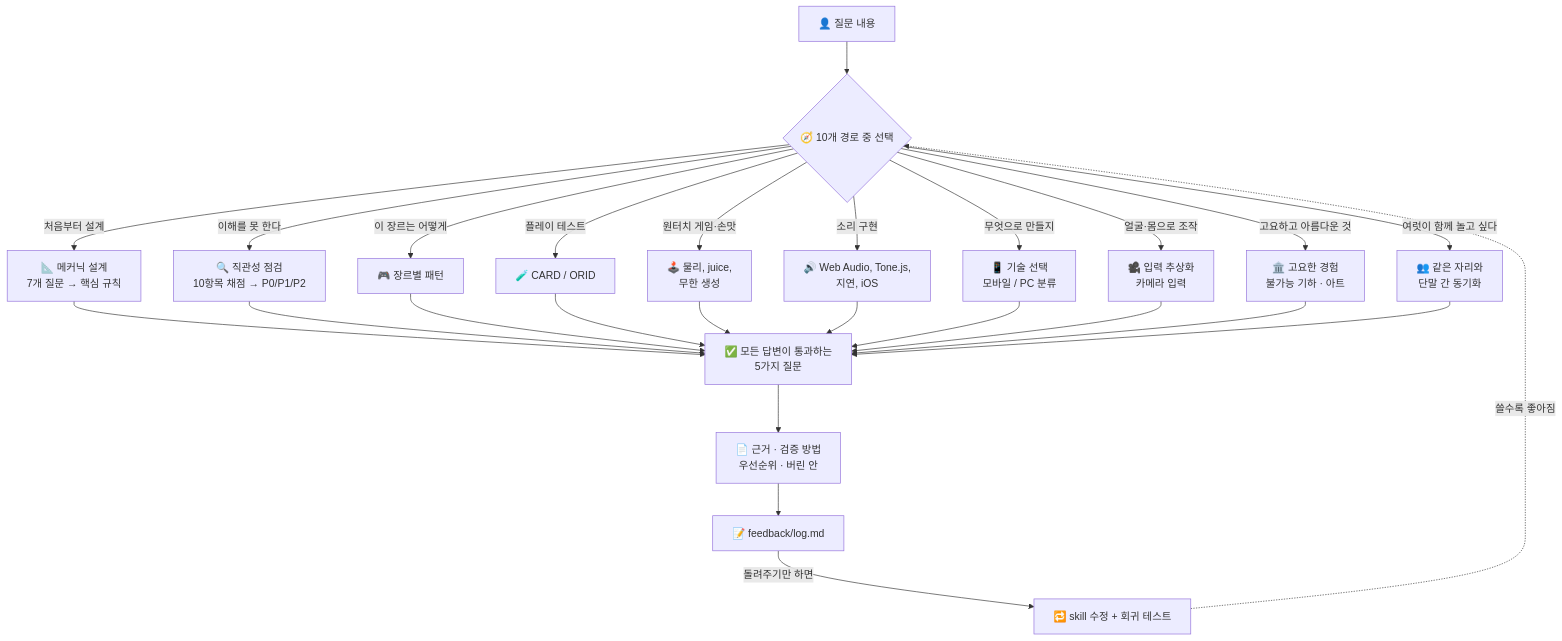
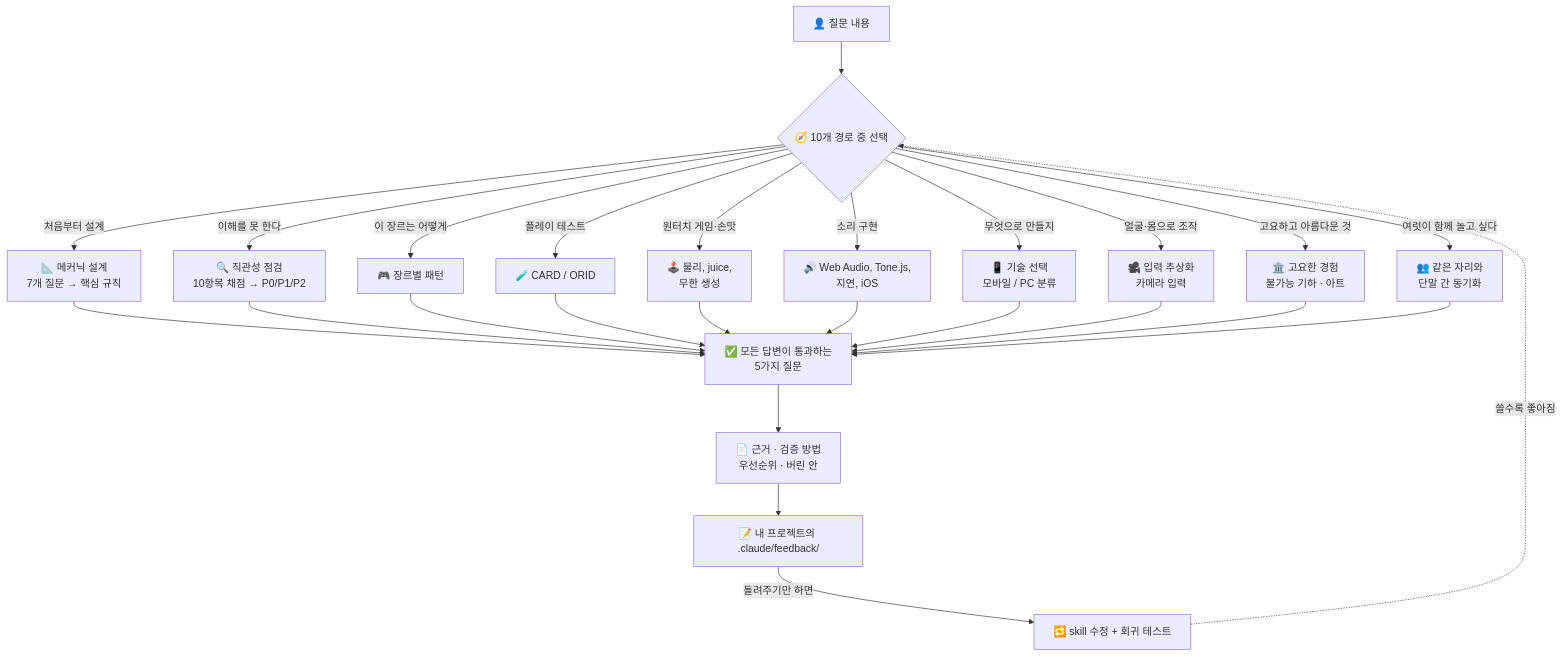
The diagram in README.ko.md (takaoumehara/intuitive-game-design-skill), drawn with Mermaid before and after one commit. The commit also changed other lines of this file and 45 other files, not shown here.

````diff
--- a/README.ko.md
+++ b/README.ko.md
@@ -24,21 +27,21 @@
 ```mermaid
 flowchart TD
     U["👤 질문 내용"] --> R{"🧭 10개 경로 중 선택"}
 
     R -->|"처음부터 설계"| A["📐 메커닉 설계<br/>7개 질문 → 핵심 규칙"]
     R -->|"이해를 못 한다"| B["🔍 직관성 점검<br/>10항목 채점 → P0/P1/P2"]
     R -->|"이 장르는 어떻게"| C["🎮 장르별 패턴"]
     R -->|"플레이 테스트"| D["🧪 CARD / ORID"]
     R -->|"원터치 게임·손맛"| E["🕹️ 물리, juice,<br/>무한 생성"]
     R -->|"소리 구현"| F["🔊 Web Audio, Tone.js,<br/>지연, iOS"]
     R -->|"무엇으로 만들지"| G["📱 기술 선택<br/>모바일 / PC 분류"]
     R -->|"얼굴·몸으로 조작"| H["🎥 입력 추상화<br/>카메라 입력"]
     R -->|"고요하고 아름다운 것"| I["🏛️ 고요한 경험<br/>불가능 기하 · 아트"]
     R -->|"여럿이 함께 놀고 싶다"| J["👥 같은 자리와<br/>단말 간 동기화"]
 
     A & B & C & D & E & F & G & H & I & J --> Q["✅ 모든 답변이 통과하는<br/>5가지 질문"]
     Q --> O["📄 근거 · 검증 방법<br/>우선순위 · 버린 안"]
-    O --> L["📝 feedback/log.md"]
+    O --> L["📝 내 프로젝트의 .claude/feedback/"]
     L -->|"돌려주기만 하면"| FIX["🔁 skill 수정 + 회귀 테스트"]
     FIX -.->|"쓸수록 좋아짐"| R
 ```
````
